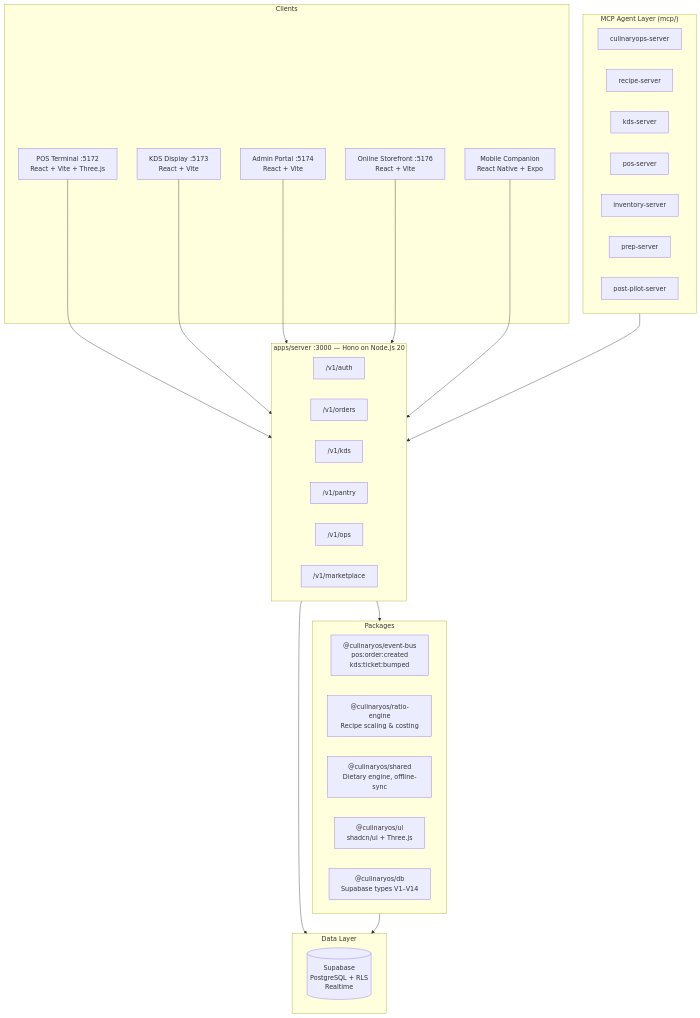
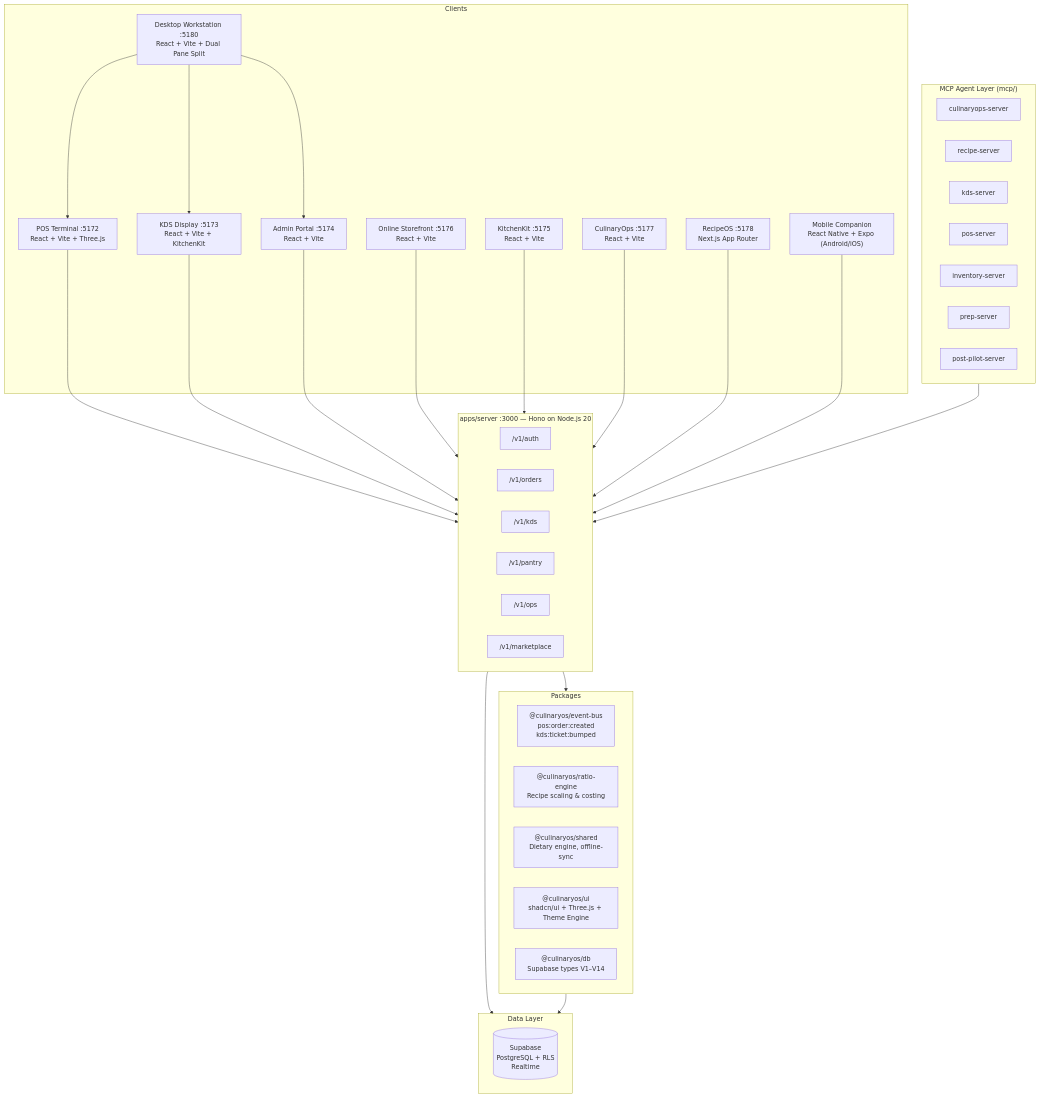
Before and after one commit to ShadowWalkerNC/CulinaryOS: the diagram in README.md, drawn with Mermaid. The commit also changed other lines of this file, not shown here.

Commit message:
docs: finalize comprehensive monorepo documentation, 1-click installers, apps directory, and theme system

````diff
--- a/README.md
+++ b/README.md
@@ -48,53 +71,63 @@
 ```mermaid
 graph TB
     subgraph Clients
+        DSK["Desktop Workstation :5180\nReact + Vite + Dual Pane Split"]
         POS["POS Terminal :5172\nReact + Vite + Three.js"]
-        KDS["KDS Display :5173\nReact + Vite"]
+        KDS["KDS Display :5173\nReact + Vite + KitchenKit"]
         ADM["Admin Portal :5174\nReact + Vite"]
         WEB["Online Storefront :5176\nReact + Vite"]
-        MOB["Mobile Companion\nReact Native + Expo"]
+        KIT["KitchenKit :5175\nReact + Vite"]
+        OPS["CulinaryOps :5177\nReact + Vite"]
+        REC["RecipeOS :5178\nNext.js App Router"]
+        MOB["Mobile Companion\nReact Native + Expo (Android/iOS)"]
     end
 
     subgraph API["apps/server :3000 — Hono on Node.js 20"]
         AUTH["/v1/auth"]
         ORD["/v1/orders"]
         KDS_API["/v1/kds"]
         PAN["/v1/pantry"]
-        OPS["/v1/ops"]
+        OPS_API["/v1/ops"]
         MKT["/v1/marketplace"]
     end
 
     subgraph Packages
         EB["@culinaryos/event-bus\npos:order:created\nkds:ticket:bumped"]
         RE["@culinaryos/ratio-engine\nRecipe scaling & costing"]
         SH["@culinaryos/shared\nDietary engine, offline-sync"]
-        UI["@culinaryos/ui\nshadcn/ui + Three.js"]
+        UI["@culinaryos/ui\nshadcn/ui + Three.js + Theme Engine"]
         DB["@culinaryos/db\nSupabase types V1–V14"]
     end
 
     subgraph Data["Data Layer"]
         SB[("Supabase\nPostgreSQL + RLS\nRealtime")]
     end
 
     subgraph MCP["MCP Agent Layer (mcp/)"]
         MCP1["culinaryops-server"]
         MCP2["recipe-server"]
         MCP3["kds-server"]
         MCP4["pos-server"]
         MCP5["inventory-server"]
         MCP6["prep-server"]
         MCP7["post-pilot-server"]
     end
 
+    DSK --> POS
+    DSK --> KDS
+    DSK --> ADM
     POS --> API
     KDS --> API
     ADM --> API
     WEB --> API
+    KIT --> API
+    OPS --> API
+    REC --> API
     MOB --> API
 
     API --> Packages
     API --> Data
     Packages --> Data
 
     MCP --> API
 ```
````
